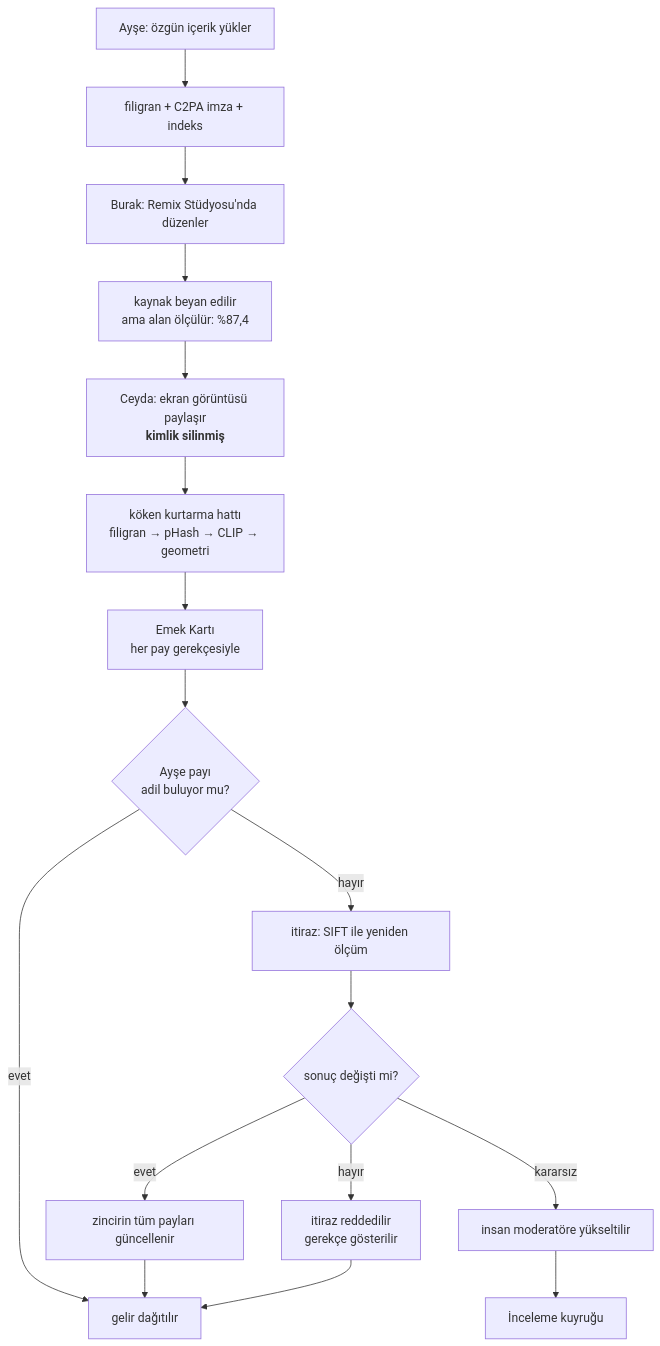
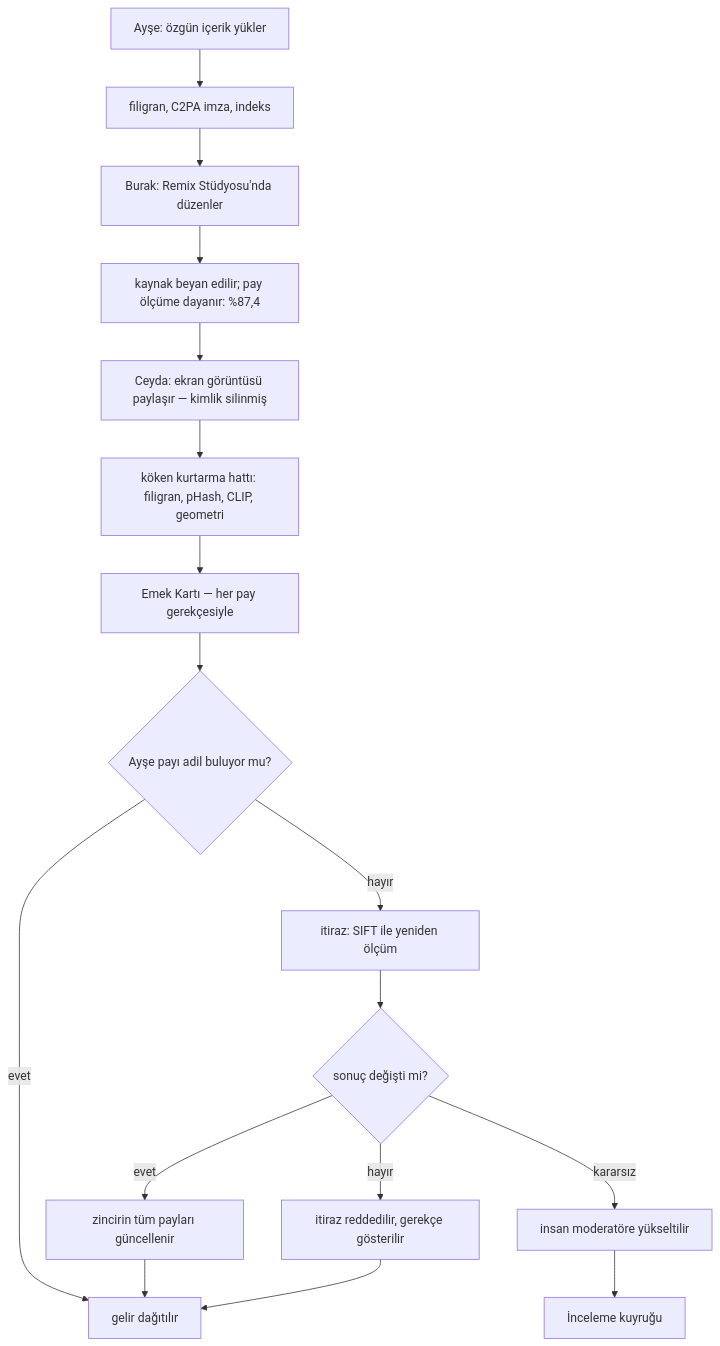
Before and after one commit to hamzabdk36-cyber/N-Emek: the first of 6 diagrams in docs/KULLANICI-AKISLARI.md, drawn with Mermaid. The commit also changed other lines of this file, not shown here.

````diff
--- a/docs/KULLANICI-AKISLARI.md
+++ b/docs/KULLANICI-AKISLARI.md
@@ -113,19 +113,19 @@
 ```mermaid
 flowchart TD
-    A["Ayşe: özgün içerik yükler"] --> A1["filigran + C2PA imza + indeks"]
+    A["Ayşe: özgün içerik yükler"] --> A1["filigran, C2PA imza, indeks"]
     A1 --> B["Burak: Remix Stüdyosu'nda düzenler"]
-    B --> B1["kaynak beyan edilir<br/>ama alan ölçülür: %87,4"]
-    B1 --> C["Ceyda: ekran görüntüsü paylaşır<br/><b>kimlik silinmiş</b>"]
-    C --> C1["köken kurtarma hattı<br/>filigran → pHash → CLIP → geometri"]
-    C1 --> D["Emek Kartı<br/>her pay gerekçesiyle"]
-    D --> E{"Ayşe payı<br/>adil buluyor mu?"}
+    B --> B1["kaynak beyan edilir; pay ölçüme dayanır: %87,4"]
+    B1 --> C["Ceyda: ekran görüntüsü paylaşır — kimlik silinmiş"]
+    C --> C1["köken kurtarma hattı: filigran, pHash, CLIP, geometri"]
+    C1 --> D["Emek Kartı — her pay gerekçesiyle"]
+    D --> E{"Ayşe payı adil buluyor mu?"}
     E -->|evet| F["gelir dağıtılır"]
     E -->|hayır| G["itiraz: SIFT ile yeniden ölçüm"]
     G --> H{"sonuç değişti mi?"}
-    H -->|"evet"| I["zincirin tüm payları güncellenir"]
-    H -->|"hayır"| J["itiraz reddedilir<br/>gerekçe gösterilir"]
-    H -->|"kararsız"| K["insan moderatöre yükseltilir"]
+    H -->|evet| I["zincirin tüm payları güncellenir"]
+    H -->|hayır| J["itiraz reddedilir, gerekçe gösterilir"]
+    H -->|kararsız| K["insan moderatöre yükseltilir"]
     I --> F
     J --> F
     K --> L["İnceleme kuyruğu"]
 ```
````
